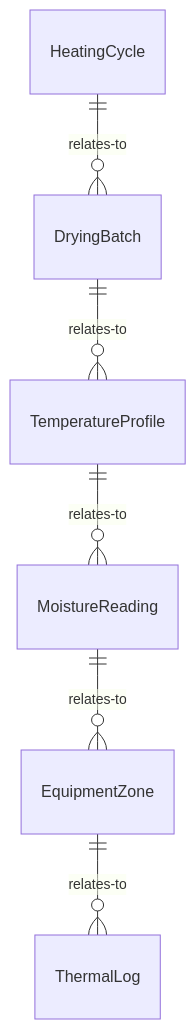
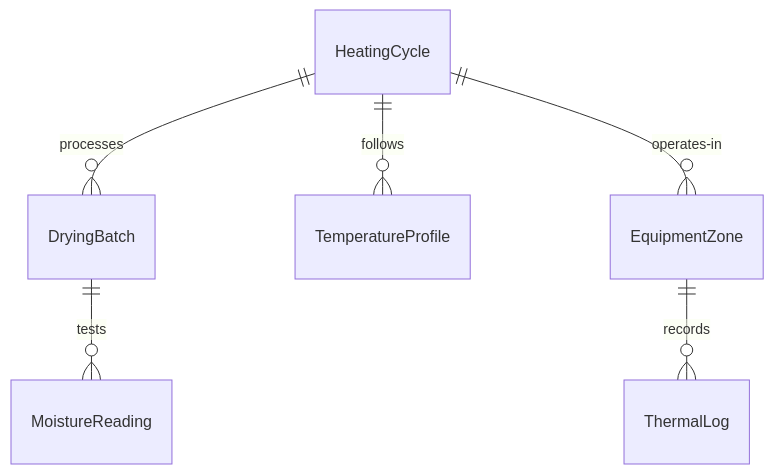
The first of 4 diagrams in ControllingMachinesAndProcesses/OperateIndustrialProcessingOrProductionEquipment/OperateHeatingDryingEquipment.mdx (dot-org-ai/tasks.org.ai), drawn with Mermaid before and after one commit. The commit also changed other lines of this file and 515 other files, not shown here.

````diff
--- a/ControllingMachinesAndProcesses/OperateIndustrialProcessingOrProductionEquipment/OperateHeatingDryingEquipment.mdx
+++ b/ControllingMachinesAndProcesses/OperateIndustrialProcessingOrProductionEquipment/OperateHeatingDryingEquipment.mdx
@@ -87,8 +87,8 @@
 ```mermaid
 erDiagram
-    HeatingCycle ||--o{ DryingBatch : relates-to
-    DryingBatch ||--o{ TemperatureProfile : relates-to
-    TemperatureProfile ||--o{ MoistureReading : relates-to
-    MoistureReading ||--o{ EquipmentZone : relates-to
-    EquipmentZone ||--o{ ThermalLog : relates-to
+    HeatingCycle ||--o{ DryingBatch : processes
+    HeatingCycle ||--o{ TemperatureProfile : follows
+    DryingBatch ||--o{ MoistureReading : tests
+    HeatingCycle ||--o{ EquipmentZone : operates-in
+    EquipmentZone ||--o{ ThermalLog : records
 ```
````
